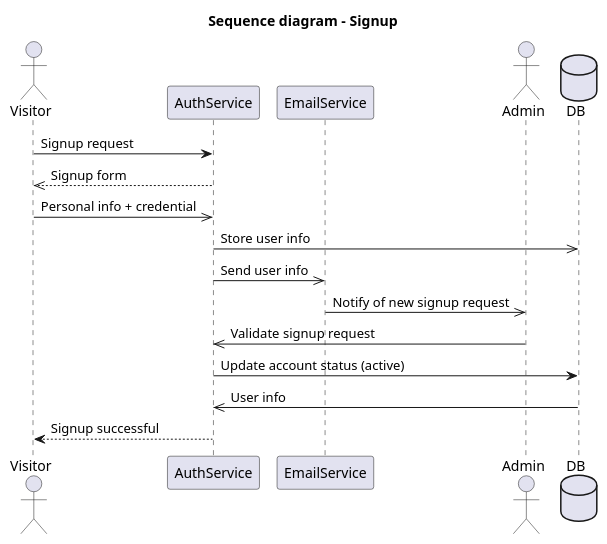
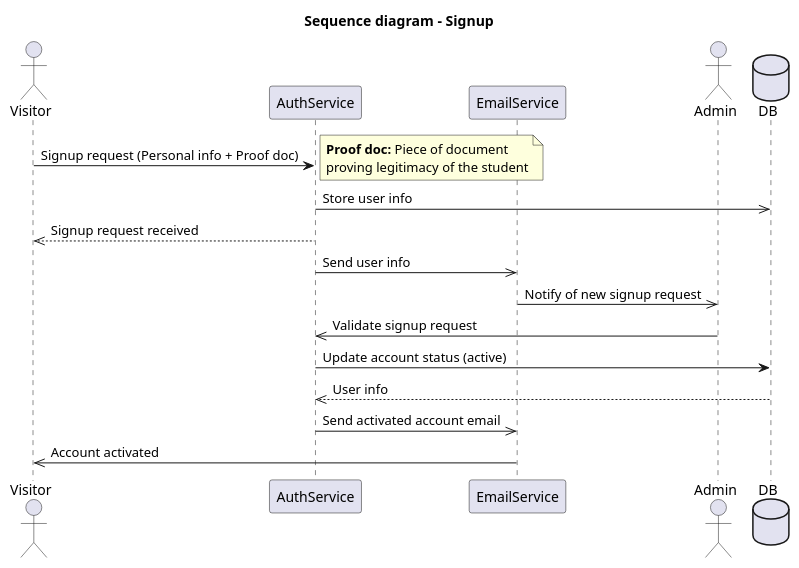
The diagram in uml/sequence/signup-sequence.plantuml (gl-ensias-community/gl-ensias), drawn with PlantUML before and after one commit.

Commit message:
Improve the sequence diagram for signup

```diff
--- a/uml/sequence/signup-sequence.plantuml
+++ b/uml/sequence/signup-sequence.plantuml
@@ -1,26 +1,31 @@
 @startuml
 
 title Sequence diagram - Signup
 
 actor Visitor as vis
 participant AuthService as auth
 participant EmailService as email
 actor Admin as admin
 database DB as db
 
-vis -> auth: Signup request
-auth -->> vis: Signup form
+vis -> auth: Signup request (Personal info + Proof doc)
+note right
+**Proof doc:** Piece of document 
+proving legitimacy of the student
+end note
 
-vis ->> auth: Personal info + credential
 auth ->> db: Store user info
+vis <<-- auth: Signup request received
+
 auth ->> email: Send user info
 email ->> admin: Notify of new signup request
 
 admin ->> auth: Validate signup request
 
 auth -> db: Update account status (active)
-db ->> auth: User info
+db -->> auth: User info
 
-vis <-- auth: Signup successful
+auth ->> email: Send activated account email
+email ->> vis: Account activated
   
 @enduml
```
